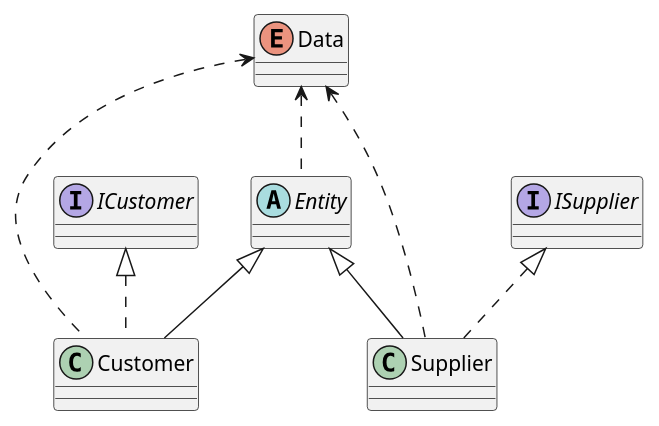
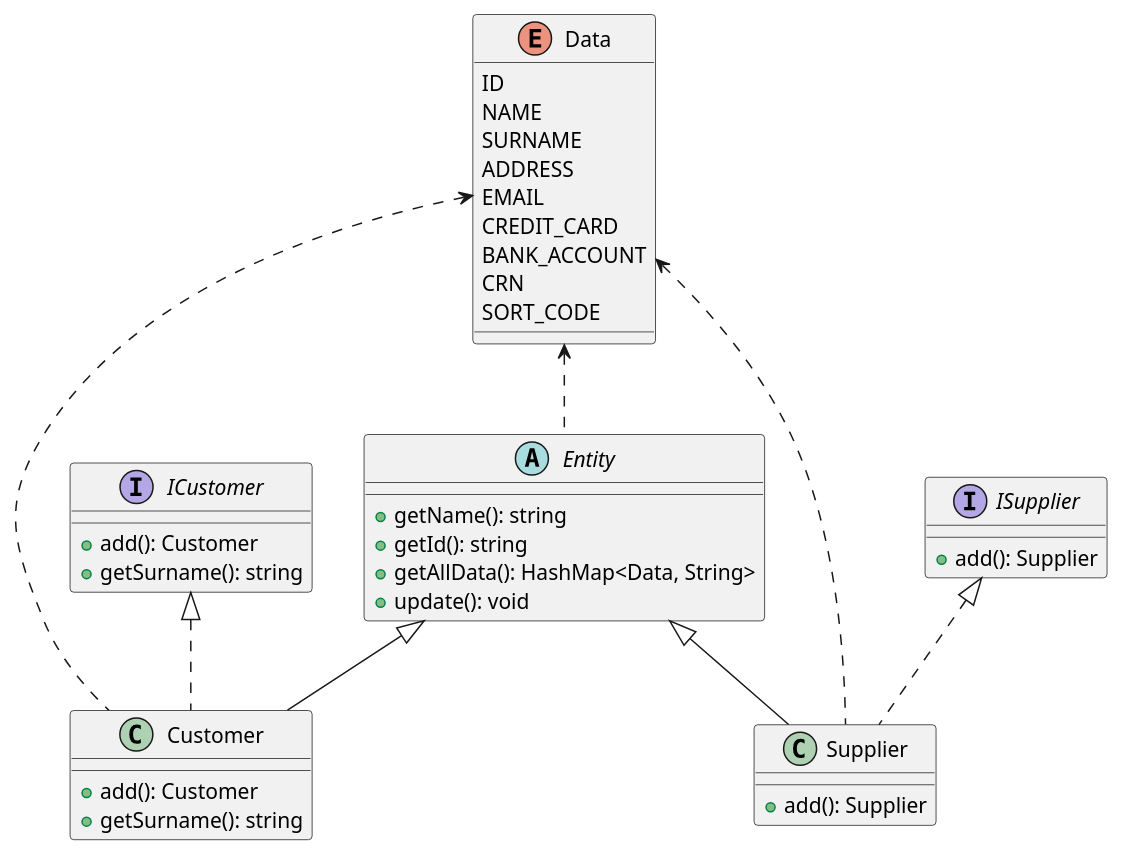
The diagram in uml/entities.puml (achille1789/wms-bnu-ltd), drawn with PlantUML before and after one commit. The commit also changed 4 other files, not shown here.

Commit message:
add uml diagrams

```diff
--- a/uml/entities.puml
+++ b/uml/entities.puml
@@ -1,51 +1,116 @@
 @startuml
 
 'UML 1 entities
-enum Data
-abstract class Entity
-interface ICustomer
-interface ISupplier
-class Customer
-class Supplier
+enum Data {
+    ID
+    NAME
+    SURNAME
+    ADDRESS
+    EMAIL
+    CREDIT_CARD
+    BANK_ACCOUNT
+    CRN
+    SORT_CODE
+}
+abstract class Entity {
+    +getName(): string
+    +getId(): string
+    +getAllData(): HashMap<Data, String>
+    +update(): void
+}
+interface ICustomer {
+    +add(): Customer
+    +getSurname(): string
+}
+interface ISupplier {
+   +add(): Supplier
+}
+class Customer {
+   +add(): Customer
+   +getSurname(): string
+}
+class Supplier {
+   +add(): Supplier
+}
 
 Data <.. Entity
 Data <.. Customer
 Data <.. Supplier
 
 Entity <|-- Customer
 Entity <|-- Supplier
 
 ICustomer <|.. Customer
 ISupplier <|.. Supplier
 
 'UML 2 entity managers
-'abstract class EntityManager
-'interface ICustomerManager
-'interface ISupplierManager
-'class CustomerManager
-'class SupplierManager
+'abstract class EntityManager {
+'    +getEntitiesList(): List<Entity>
+'    +getEntityData(): HashMap<Data, String>
+'    +updateEntityData(): void
+'    +deleteEntity(): void
+'    +getEntityById(): Entity
+'}
+'interface ICustomerManager {
+'    +addCustomer(): void
+'}
+'interface ISupplierManager {
+'    +addCustomer(): void
+'    +getSuppliersName(): String[]
+'    +getSupplierIdByName(): String
+'}
+'class CustomerManager {
+'    +addCustomer(): void
+'}
+'class SupplierManager {
+'    +addCustomer(): void
+'    +getSuppliersName(): String[]
+'    +getSupplierIdByName(): String
+'}
 '
 'EntityManager <|-- CustomerManager
 'EntityManager <|-- SupplierManager
 '
 'ICustomerManager <|.. CustomerManager
 'ISupplierManager <|.. SupplierManager
 
 'UML 3 entity multiplicity
-'abstract class Entity
-'class Customer
-'class Supplier
+'abstract class Entity {
+'    +getName(): string
+'    +getId(): string
+'    +getAllData(): HashMap<Data, String>
+'    +update(): void
+'}
+'class Customer {
+'   +add(): Customer
+'   +getSurname(): string
+'}
+'class Supplier {
+'   +add(): Supplier
+'}
 '
-'abstract class EntityManager
-'class CustomerManager
-'class SupplierManager
+'abstract class EntityManager {
+'    +getEntitiesList(): List<Entity>
+'    +getEntityData(): HashMap<Data, String>
+'    +updateEntityData(): void
+'    +deleteEntity(): void
+'    +getEntityById(): Entity
+'}
+'class CustomerManager {
+'    +addCustomer(): void
+'}
+'class SupplierManager {
+'    +addCustomer(): void
+'    +getSuppliersName(): String[]
+'    +getSupplierIdByName(): String
+'}
 '
 'Entity <|-- Customer
 'Entity <|-- Supplier
 '
 'EntityManager <|-- CustomerManager
 'EntityManager <|-- SupplierManager
 'EntityManager "1" o-- "0..*" Entity
 'CustomerManager "1" o-- "0..*" Customer
 'SupplierManager "1" o-- "0..*" Supplier
 @enduml
```
